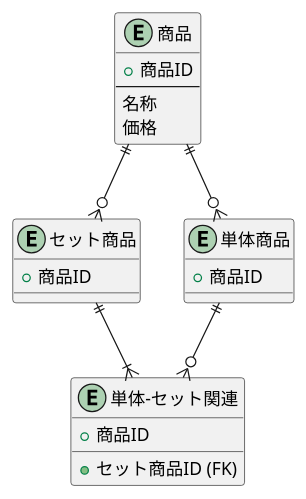
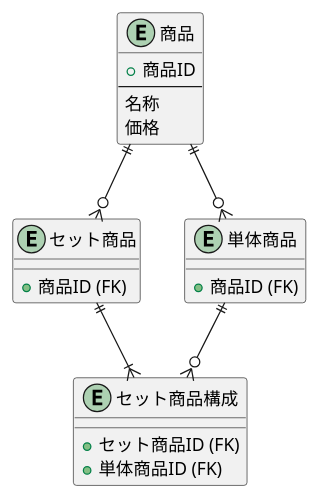
One commit to yinm/uml-modeling-lesson changed the diagram in ch13/excercise/13-2.puml. Above: the diagram before and after it, drawn with PlantUML. The commit also changed 1 other file, not shown here.

```diff
--- a/ch13/excercise/13-2.puml
+++ b/ch13/excercise/13-2.puml
@@ -1,28 +1,28 @@
 @startuml
 
 entity 商品 {
   + 商品ID
   ---
   名称
   価格
 }
 
 entity セット商品 {
-  + 商品ID
+  + 商品ID (FK)
 }
 
 entity 単体商品 {
-  + 商品ID
+  + 商品ID (FK)
 }
 
-entity "単体-セット関連" {
+entity セット商品構成 {
   + セット商品ID (FK)
-  + 商品ID
+  + 単体商品ID (FK)
 }
 
+商品 ||--o{ セット商品
 商品 ||--o{ 単体商品
-商品 ||--o{ セット商品
-セット商品 ||--|{ "単体-セット関連"
-単体商品 ||--o{ "単体-セット関連"
+セット商品 ||--|{ セット商品構成
+単体商品 ||--o{ セット商品構成
 
 @enduml
```
